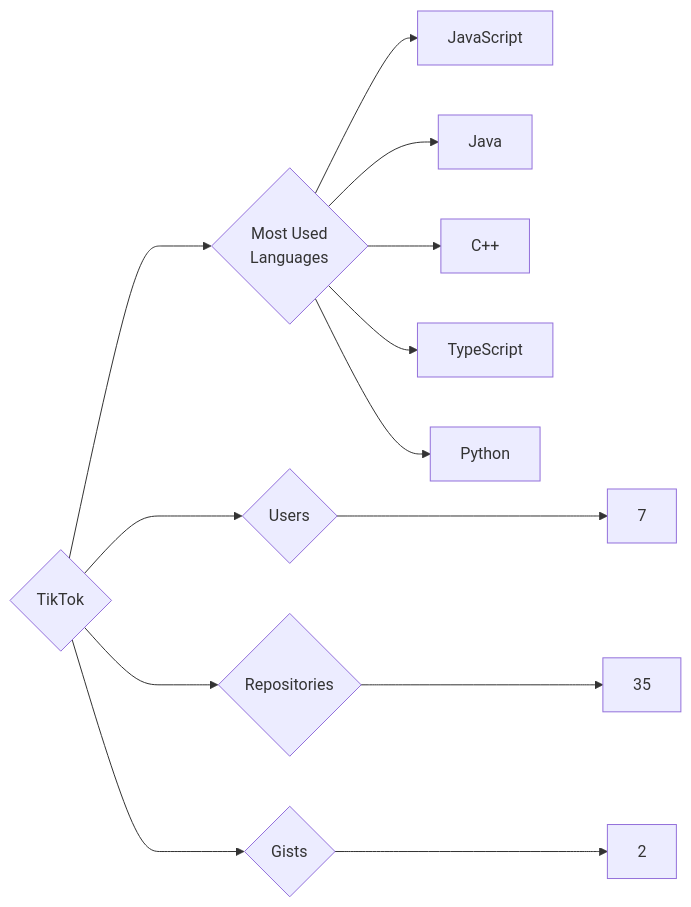
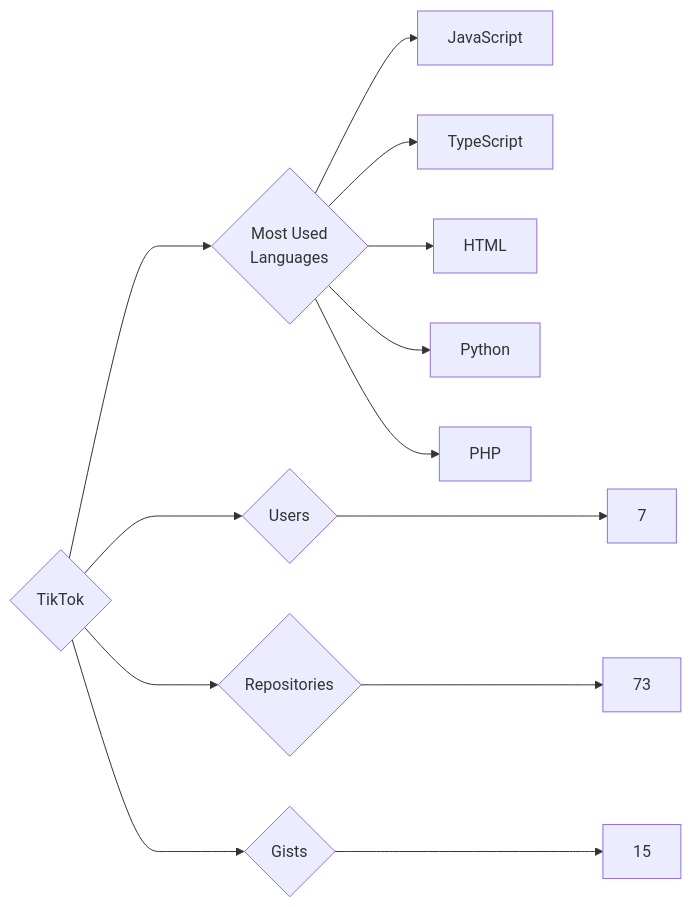
The diagram in targets/TikTok/README.md (trickest/insiders), drawn with Mermaid before and after one commit. The commit also changed 1484 other files, not shown here.

````diff
--- a/targets/TikTok/README.md
+++ b/targets/TikTok/README.md
@@ -3,13 +3,13 @@
 ```mermaid
 graph LR
 COMPANY_NAME{TikTok}
 COMPANY_NAME ---> U{Users} ---> UN[7]
-COMPANY_NAME ---> R{Repositories} ---> RN[35]
-COMPANY_NAME ---> G{Gists} ---> GN[2]
+COMPANY_NAME ---> R{Repositories} ---> RN[73]
+COMPANY_NAME ---> G{Gists} ---> GN[15]
 COMPANY_NAME ---> ML{Most Used<br>Languages}
 ML --> JavaScript[JavaScript]
-ML --> Java[Java]
-ML --> C++[C++]
 ML --> TypeScript[TypeScript]
+ML --> HTML[HTML]
 ML --> Python[Python]
+ML --> PHP[PHP]
 ```
````
